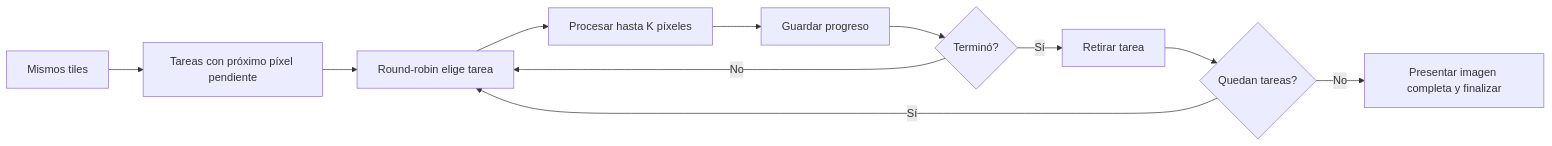
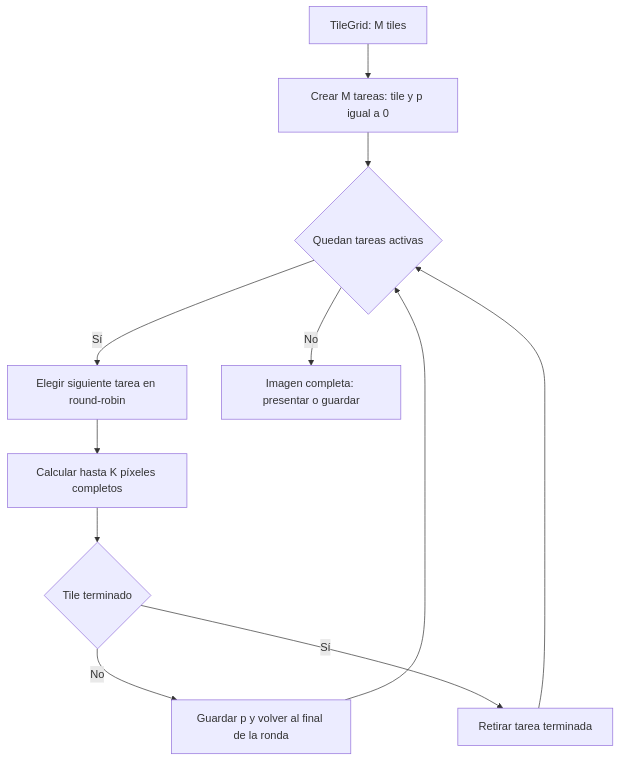
The second of 3 diagrams in ray tracing/docs/diseno.md (Fabbbri/fgonzalez_a2_2026_s2), drawn with Mermaid before and after one commit. The commit also changed other lines of this file and 1 other file, not shown here.

Commit message:
docs: add new documentation and diagrams

````diff
--- a/ray tracing/docs/diseno.md
+++ b/ray tracing/docs/diseno.md
@@ -39,13 +67,13 @@
 ```mermaid
-flowchart LR
-    A[Mismos tiles] --> B[Tareas con próximo píxel pendiente]
-    B --> C[Round-robin elige tarea]
-    C --> D[Procesar hasta K píxeles]
-    D --> E[Guardar progreso]
-    E --> F{Terminó?}
-    F -- No --> C
-    F -- Sí --> G[Retirar tarea]
-    G --> H{Quedan tareas?}
-    H -- Sí --> C
-    H -- No --> I[Presentar imagen completa y finalizar]
+flowchart TD
+    A[TileGrid: M tiles] --> B[Crear M tareas: tile y p igual a 0]
+    B --> C{Quedan tareas activas}
+    C -- Sí --> D[Elegir siguiente tarea en round-robin]
+    D --> E[Calcular hasta K píxeles completos]
+    E --> F{Tile terminado}
+    F -- No --> G[Guardar p y volver al final de la ronda]
+    G --> C
+    F -- Sí --> H[Retirar tarea terminada]
+    H --> C
+    C -- No --> I[Imagen completa: presentar o guardar]
 ```
````
